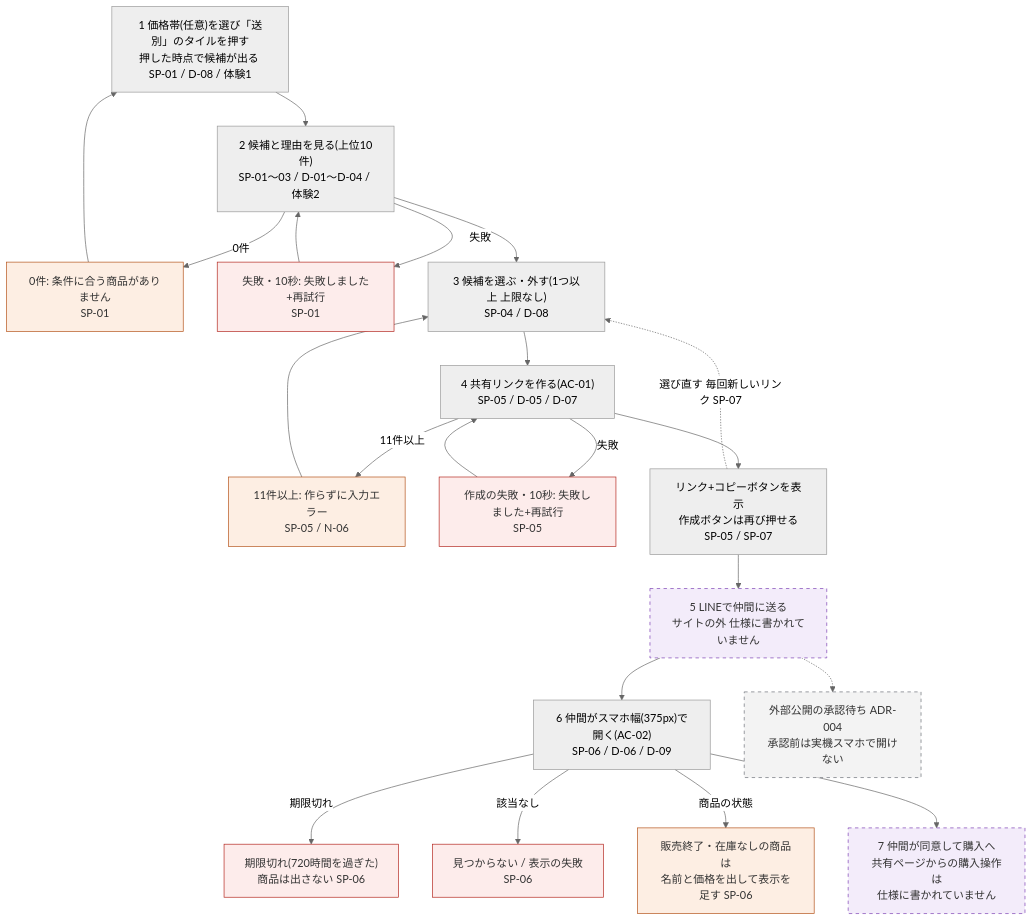
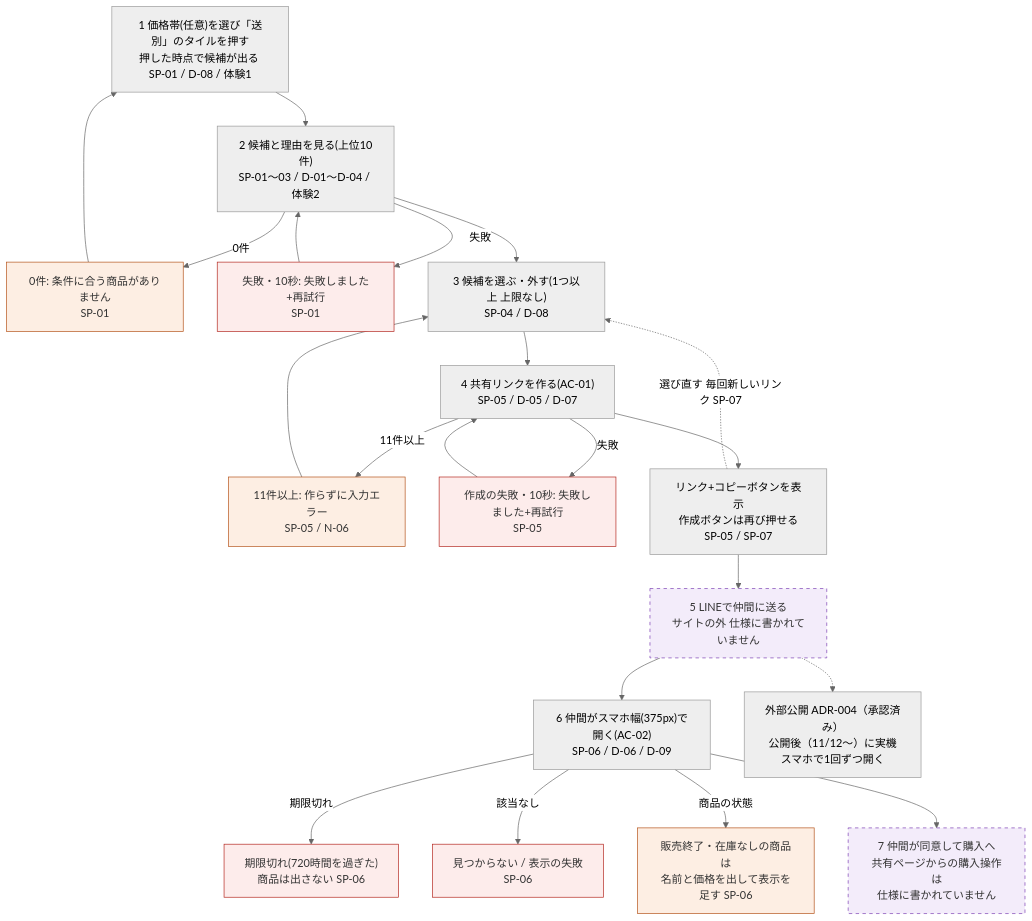
One commit to Team18-RaizenYomiMukuro-Tech0/model_team18_tech0 changed the first of 3 diagrams in 02_プロジェクト/giftia-ui-renewal/仕様.md. Above: the diagram before and after it, drawn with Mermaid (neutral theme). The commit also changed other lines of this file and 28 other files, not shown here.

````diff
--- a/02_プロジェクト/giftia-ui-renewal/仕様.md
+++ b/02_プロジェクト/giftia-ui-renewal/仕様.md
@@ -89,38 +89,38 @@
 ```mermaid
 flowchart TD
   classDef pend stroke-dasharray: 5 5,stroke:#6b6f76,fill:#f3f3f3,color:#333
   classDef gap stroke-dasharray: 5 5,stroke:#7b3fb3,fill:#f3ecfa,color:#333
   classDef err fill:#fdeceb,stroke:#b3261e,color:#333
   classDef warn fill:#fdeee3,stroke:#b4531a,color:#333
 
   S1["1 価格帯(任意)を選び「送別」のタイルを押す<br/>押した時点で候補が出る SP-01 / D-08 / 体験1"]
   S2["2 候補と理由を見る(上位10件)<br/>SP-01〜03 / D-01〜D-04 / 体験2"]
   Z0["0件: 条件に合う商品がありません<br/>SP-01"]:::warn
   Z1["失敗・10秒: 失敗しました+再試行<br/>SP-01"]:::err
   S3["3 候補を選ぶ・外す(1つ以上 上限なし)<br/>SP-04 / D-08"]
   S4["4 共有リンクを作る(AC-01)<br/>SP-05 / D-05 / D-07"]
   B11["11件以上: 作らずに入力エラー<br/>SP-05 / N-06"]:::warn
   F4["作成の失敗・10秒: 失敗しました+再試行<br/>SP-05"]:::err
   S4b["リンク+コピーボタンを表示<br/>作成ボタンは再び押せる<br/>SP-05 / SP-07"]
   S5["5 LINEで仲間に送る<br/>サイトの外 仕様に書かれていません"]:::gap
   S6["6 仲間がスマホ幅(375px)で開く(AC-02)<br/>SP-06 / D-06 / D-09"]
   X1["期限切れ(720時間を過ぎた)<br/>商品は出さない SP-06"]:::err
   X2["見つからない / 表示の失敗<br/>SP-06"]:::err
   X3["販売終了・在庫なしの商品は<br/>名前と価格を出して表示を足す SP-06"]:::warn
   S7["7 仲間が同意して購入へ<br/>共有ページからの購入操作は<br/>仕様に書かれていません"]:::gap
-  P1["外部公開の承認待ち ADR-004<br/>承認前は実機スマホで開けない"]:::pend
+  P1["外部公開 ADR-004（承認済み）<br/>公開後（11/12〜）に実機スマホで1回ずつ開く"]
 
   S1 --> S2
   S2 -- 0件 --> Z0 --> S1
   S2 -- 失敗 --> Z1 --> S2
   S2 --> S3 --> S4
   S4 -- 11件以上 --> B11 --> S3
   S4 -- 失敗 --> F4 --> S4
   S4 --> S4b --> S5 --> S6
   S5 -.-> P1
   S6 -- 期限切れ --> X1
   S6 -- 該当なし --> X2
   S6 -- 商品の状態 --> X3
   S6 --> S7
   S4b -. 選び直す 毎回新しいリンク SP-07 .-> S3
 ```
````
